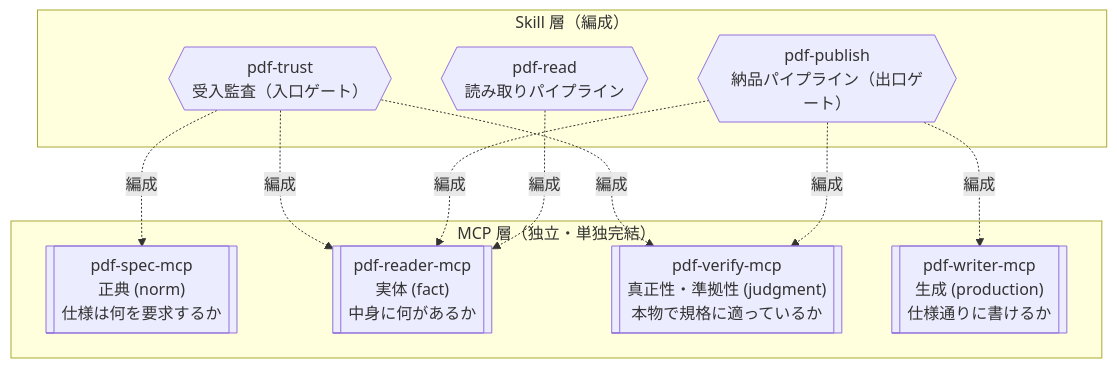
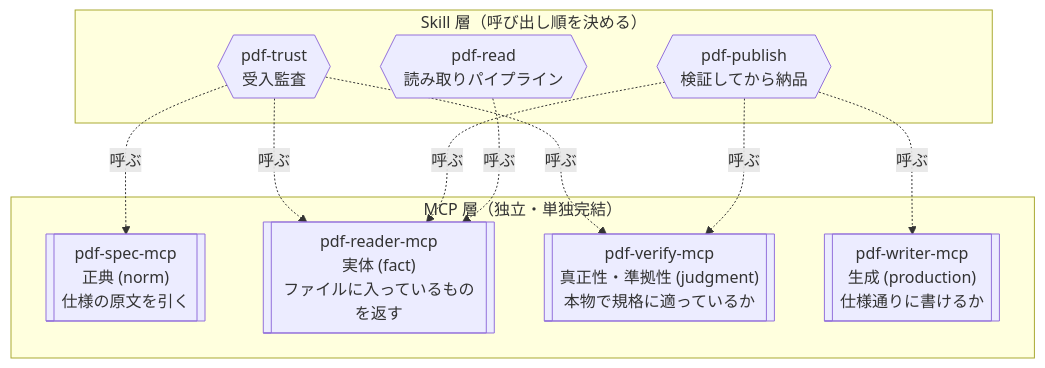
One commit to shuji-bonji/pdf-agent-stack changed the second of 2 diagrams in site/docs/ja/guide/architecture.md. Above: the diagram before and after it, drawn with Mermaid. The commit also changed other lines of this file and 6 other files, not shown here.

````diff
--- a/site/docs/ja/guide/architecture.md
+++ b/site/docs/ja/guide/architecture.md
@@ -49,17 +49,17 @@
 ```mermaid
 graph TB
-  subgraph Skills["Skill 層（編成）"]
-    TRUST{{"pdf-trust<br>受入監査（入口ゲート）"}}
-    PUBLISH{{"pdf-publish<br>納品パイプライン（出口ゲート）"}}
+  subgraph Skills["Skill 層（呼び出し順を決める）"]
+    TRUST{{"pdf-trust<br>受入監査"}}
+    PUBLISH{{"pdf-publish<br>検証してから納品"}}
     READ{{"pdf-read<br>読み取りパイプライン"}}
   end
   subgraph MCPs["MCP 層（独立・単独完結）"]
-    SPEC[["pdf-spec-mcp<br>正典 (norm)<br>仕様は何を要求するか"]]
-    READER[["pdf-reader-mcp<br>実体 (fact)<br>中身に何があるか"]]
+    SPEC[["pdf-spec-mcp<br>正典 (norm)<br>仕様の原文を引く"]]
+    READER[["pdf-reader-mcp<br>実体 (fact)<br>ファイルに入っているものを返す"]]
     VERIFY[["pdf-verify-mcp<br>真正性・準拠性 (judgment)<br>本物で規格に適っているか"]]
     WRITER[["pdf-writer-mcp<br>生成 (production)<br>仕様通りに書けるか"]]
   end
-  TRUST -.->|編成| VERIFY & READER & SPEC
-  PUBLISH -.->|編成| WRITER & READER & VERIFY
-  READ -.->|編成| READER
+  TRUST -.->|呼ぶ| VERIFY & READER & SPEC
+  PUBLISH -.->|呼ぶ| WRITER & READER & VERIFY
+  READ -.->|呼ぶ| READER
 ```
````
